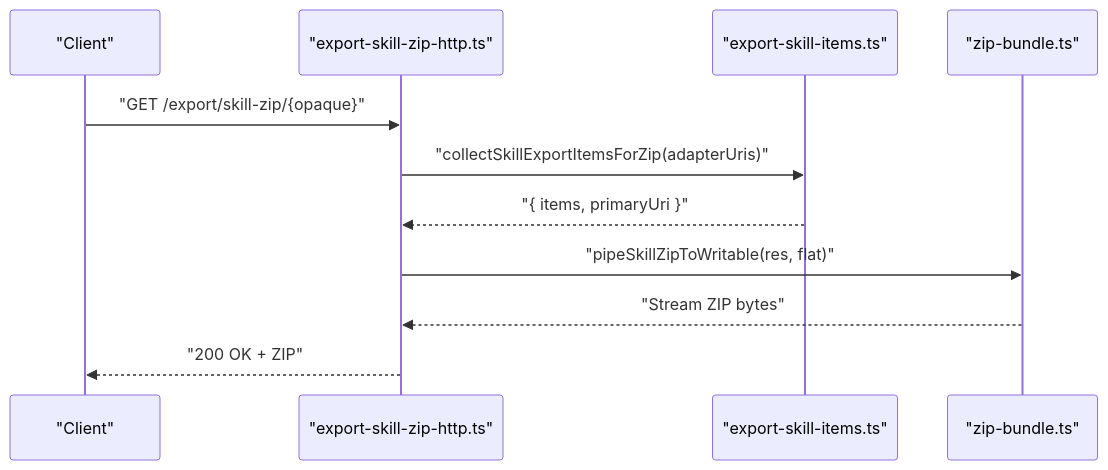
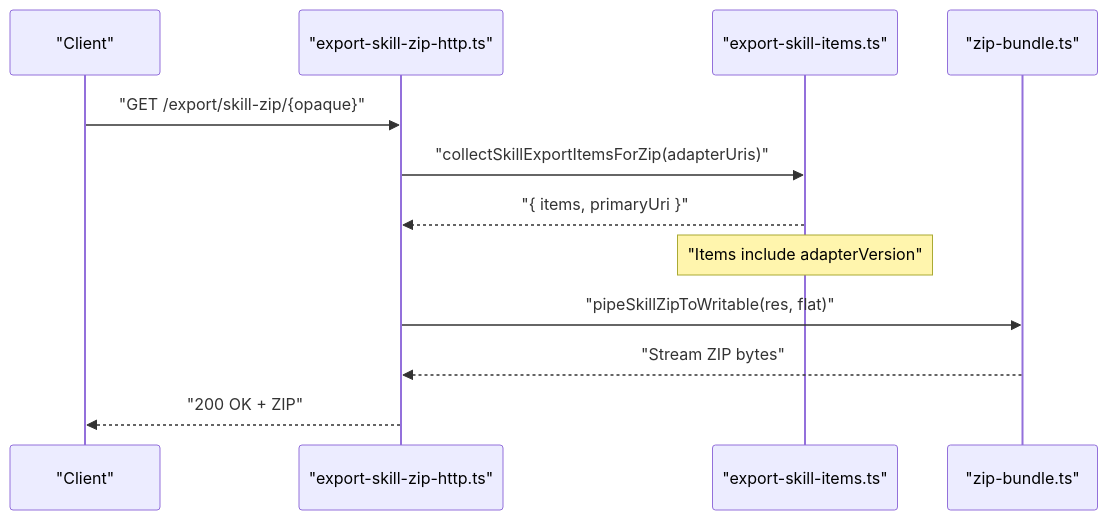
One commit to debian777/kairos-mcp changed the fifth of 10 diagrams in .qoder/repowiki/en/content/MCP Protocol Tools/Export Tool.md. Above: the diagram before and after it, drawn with Mermaid. The commit also changed other lines of this file and 16 other files, not shown here.

````diff
--- a/.qoder/repowiki/en/content/MCP Protocol Tools/Export Tool.md
+++ b/.qoder/repowiki/en/content/MCP Protocol Tools/Export Tool.md
@@ -279,13 +305,14 @@
 ```mermaid
 sequenceDiagram
 participant Client as "Client"
 participant HTTP as "export-skill-zip-http.ts"
 participant Items as "export-skill-items.ts"
 participant Zip as "zip-bundle.ts"
 Client->>HTTP : "GET /export/skill-zip/{opaque}"
 HTTP->>Items : "collectSkillExportItemsForZip(adapterUris)"
 Items-->>HTTP : "{ items, primaryUri }"
+Note over Items : "Items include adapterVersion"
 HTTP->>Zip : "pipeSkillZipToWritable(res, flat)"
 Zip-->>HTTP : "Stream ZIP bytes"
 HTTP-->>Client : "200 OK + ZIP"
 ```
````
